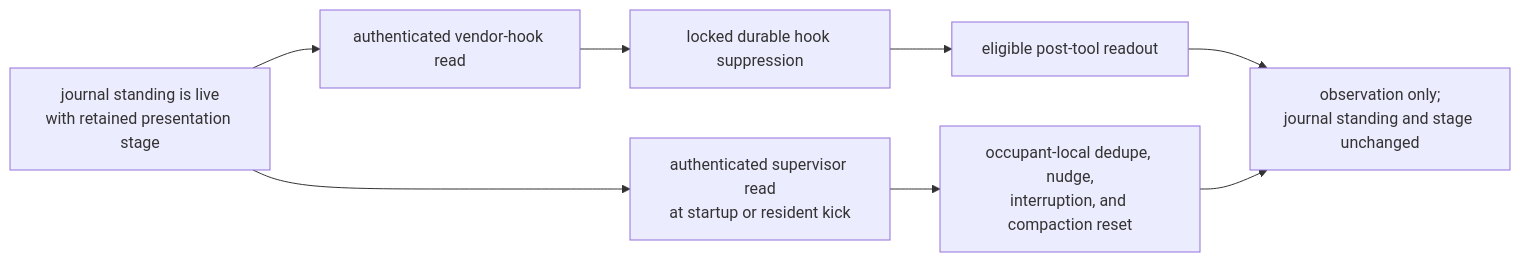
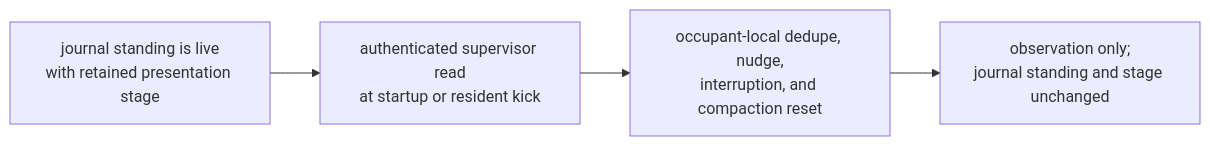
One commit to infimalabs/spice-rust changed the seventh of 16 diagrams in docs/product/loops.md. Above: the diagram before and after it, drawn with Mermaid. The commit also changed other lines of this file and 195 other files, not shown here.

````diff
--- a/docs/product/loops.md
+++ b/docs/product/loops.md
@@ -158,10 +158,6 @@
 ```mermaid
 flowchart LR
-  J["journal standing is live<br/>with retained presentation stage"] --> V["authenticated vendor-hook read"]
-  J --> S["authenticated supervisor read<br/>at startup or resident kick"]
-  V --> H["locked durable hook suppression"]
-  H --> VR["eligible post-tool readout"]
+  J["journal standing is live<br/>with retained presentation stage"] --> S["authenticated supervisor read<br/>at startup or resident kick"]
   S --> SR["occupant-local dedupe, nudge,<br/>interruption, and compaction reset"]
-  VR --> U["observation only;<br/>journal standing and stage unchanged"]
-  SR --> U
+  SR --> U["observation only;<br/>journal standing and stage unchanged"]
 ```
````
